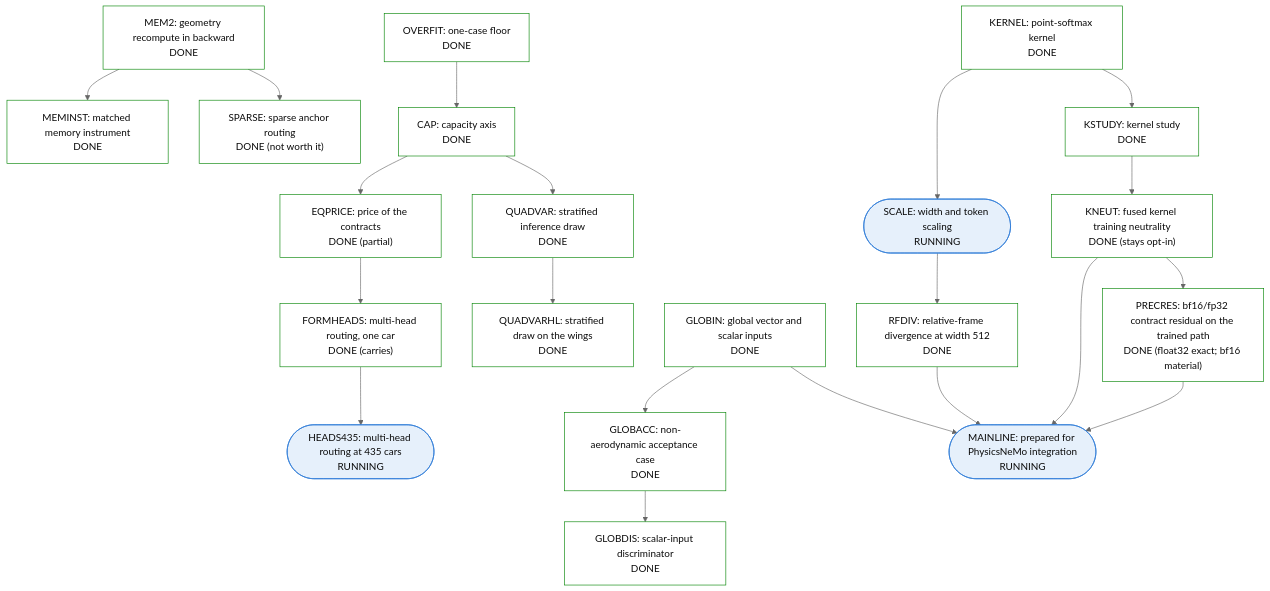
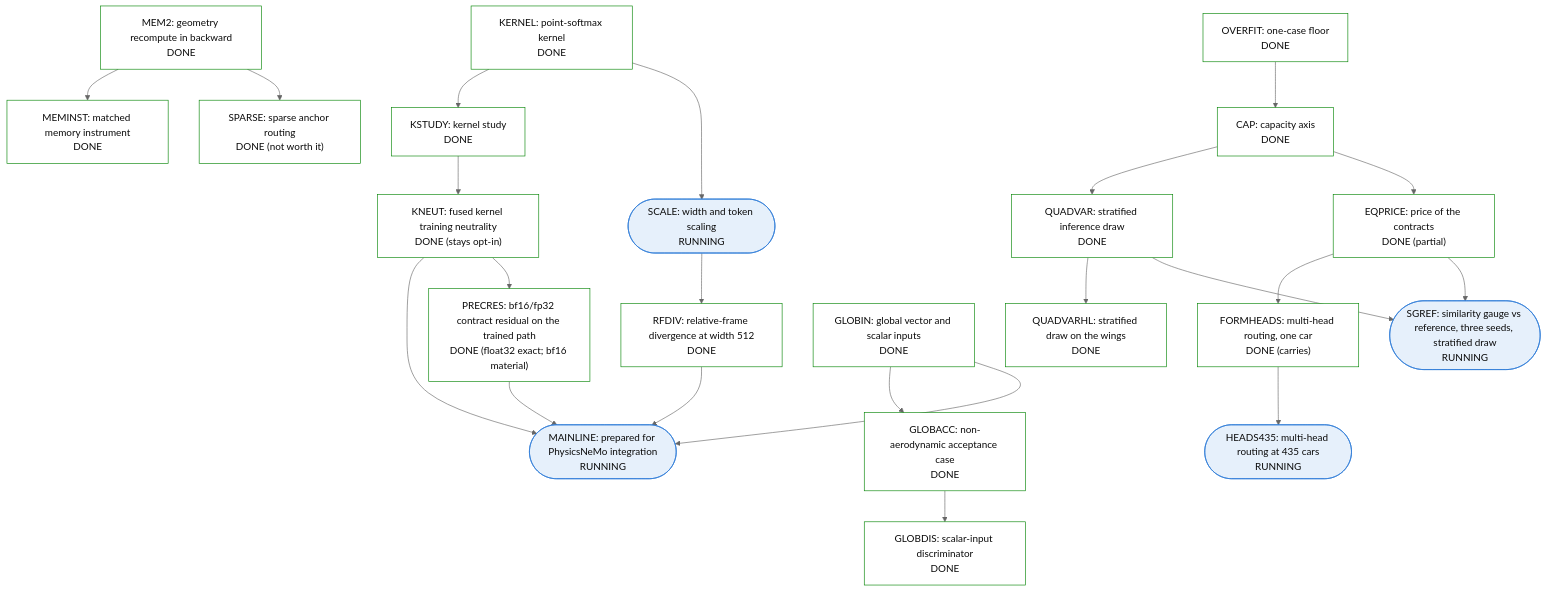
Before and after one commit to peterdsharpe/physicsnemo: the fifth of 5 diagrams in examples/cfd/mesh_transformer/book/13-program-status.qmd, drawn with Mermaid (neutral theme). The commit also changed other lines of this file and 1 other file, not shown here.

Commit message:
Notebook: SG-REF preregistration (similarity-gauge variant against the reference configuration at 435 DrivAerML cars: third seeds, stratified instrument; bars recovers at 1.5% with non-overlapping seed ranges / within noise); node and ledger row RUNNING

````diff
--- a/examples/cfd/mesh_transformer/book/13-program-status.qmd
+++ b/examples/cfd/mesh_transformer/book/13-program-status.qmd
@@ -281,50 +281,53 @@
 ```{mermaid}
 %%| fig-cap: >
 %%|   Sub-tree 5: cost, scale, deficit anatomy and mainline. HEADS435 is the
 %%|   one node RUNNING with a bar that could change the reference
 %%|   configuration; MAINLINE is the productization node.
 flowchart TB
     classDef done fill:#ffffff,stroke:#008300,color:#0b0b0b
     classDef running fill:#e6f0fb,stroke:#2a78d6,color:#0b0b0b
     classDef planned fill:#ffffff,stroke:#898781,color:#0b0b0b,stroke-dasharray:4 3
     classDef stopped fill:#f4f3ee,stroke:#52514e,color:#0b0b0b
     MEM2["MEM2: geometry recompute in backward<br/>DONE"]:::done
     MEMINST["MEMINST: matched memory instrument<br/>DONE"]:::done
     SPARSE["SPARSE: sparse anchor routing<br/>DONE (not worth it)"]:::done
     KERNEL["KERNEL: point-softmax kernel<br/>DONE"]:::done
     KSTUDY["KSTUDY: kernel study<br/>DONE"]:::done
     KNEUT["KNEUT: fused kernel training neutrality<br/>DONE (stays opt-in)"]:::done
     SCALE(["SCALE: width and token scaling<br/>RUNNING"]):::running
     RFDIV["RFDIV: relative-frame divergence at width 512<br/>DONE"]:::done
     OVERFIT["OVERFIT: one-case floor<br/>DONE"]:::done
     CAP["CAP: capacity axis<br/>DONE"]:::done
     QUADVAR["QUADVAR: stratified inference draw<br/>DONE"]:::done
     QUADVARHL["QUADVARHL: stratified draw on the wings<br/>DONE"]:::done
     EQPRICE["EQPRICE: price of the contracts<br/>DONE (partial)"]:::done
     FORMHEADS["FORMHEADS: multi-head routing, one car<br/>DONE (carries)"]:::done
     HEADS435(["HEADS435: multi-head routing at 435 cars<br/>RUNNING"]):::running
     GLOBIN["GLOBIN: global vector and scalar inputs<br/>DONE"]:::done
     GLOBACC["GLOBACC: non-aerodynamic acceptance case<br/>DONE"]:::done
     GLOBDIS["GLOBDIS: scalar-input discriminator<br/>DONE"]:::done
     MAINLINE(["MAINLINE: prepared for PhysicsNeMo integration<br/>RUNNING"]):::running
     PRECRES["PRECRES: bf16/fp32 contract residual on the trained path<br/>DONE (float32 exact; bf16 material)"]:::done
+    SGREF(["SGREF: similarity gauge vs reference, three seeds, stratified draw<br/>RUNNING"]):::running
     MEM2 --> MEMINST
     MEM2 --> SPARSE
     KERNEL --> KSTUDY
     KSTUDY --> KNEUT
     KERNEL --> SCALE
     SCALE --> RFDIV
     OVERFIT --> CAP
     CAP --> QUADVAR
     QUADVAR --> QUADVARHL
     CAP --> EQPRICE
     EQPRICE --> FORMHEADS
     FORMHEADS --> HEADS435
     GLOBIN --> GLOBACC
     GLOBACC --> GLOBDIS
     GLOBIN --> MAINLINE
     RFDIV --> MAINLINE
     KNEUT --> MAINLINE
     KNEUT --> PRECRES
     PRECRES --> MAINLINE
+    QUADVAR --> SGREF
+    EQPRICE --> SGREF
 ```
````
